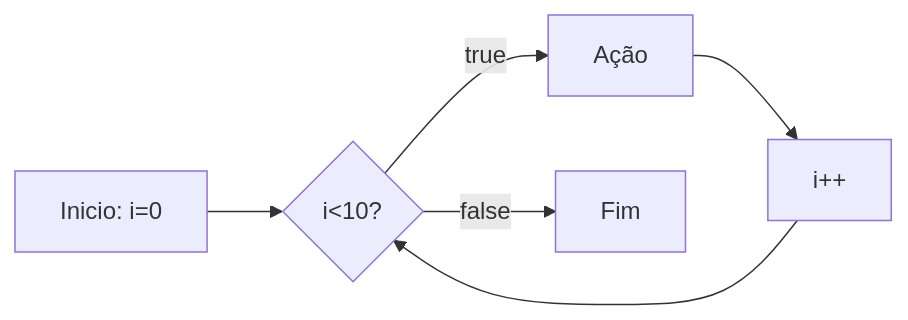
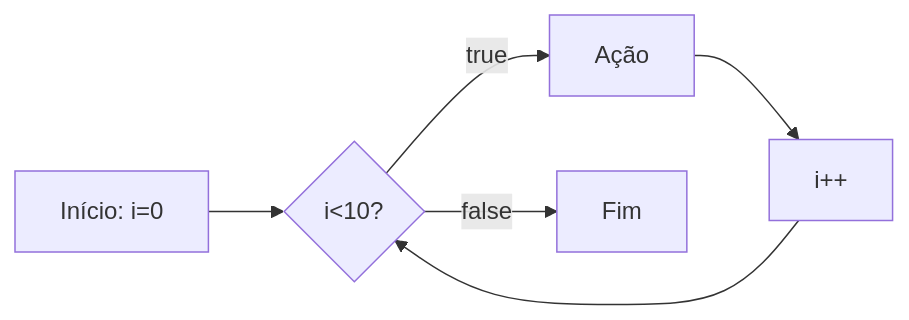
One commit to FelipeScalfi/BackEnd changed the eighth of 8 diagrams in README.md. Above: the diagram before and after it, drawn with Mermaid. The commit also changed other lines of this file and 8 other files, not shown here.

````diff
--- a/README.md
+++ b/README.md
@@ -450,8 +475,10 @@
 ```mermaid
+
 flowchart LR
-A[Inicio: i=0] --> B{i<10?}
-B --true--> C[Ação]
-C --> D[i++]
-D --> B
-B --false--> E[Fim]
+    A[Início: i=0] --> B{i<10?}
+    B --true--> C[Ação]
+    C --> D[i++]
+    D --> B
+    B --false--> E[Fim]
+
 ```
````
